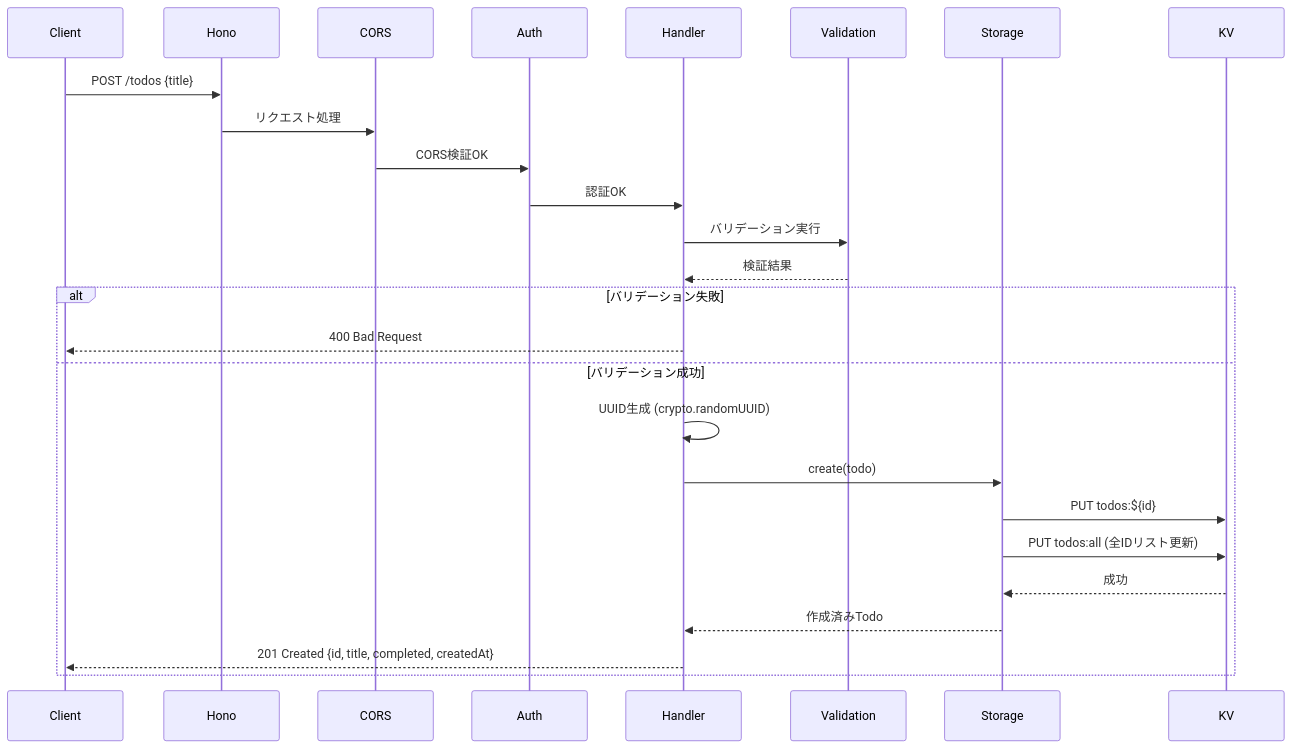
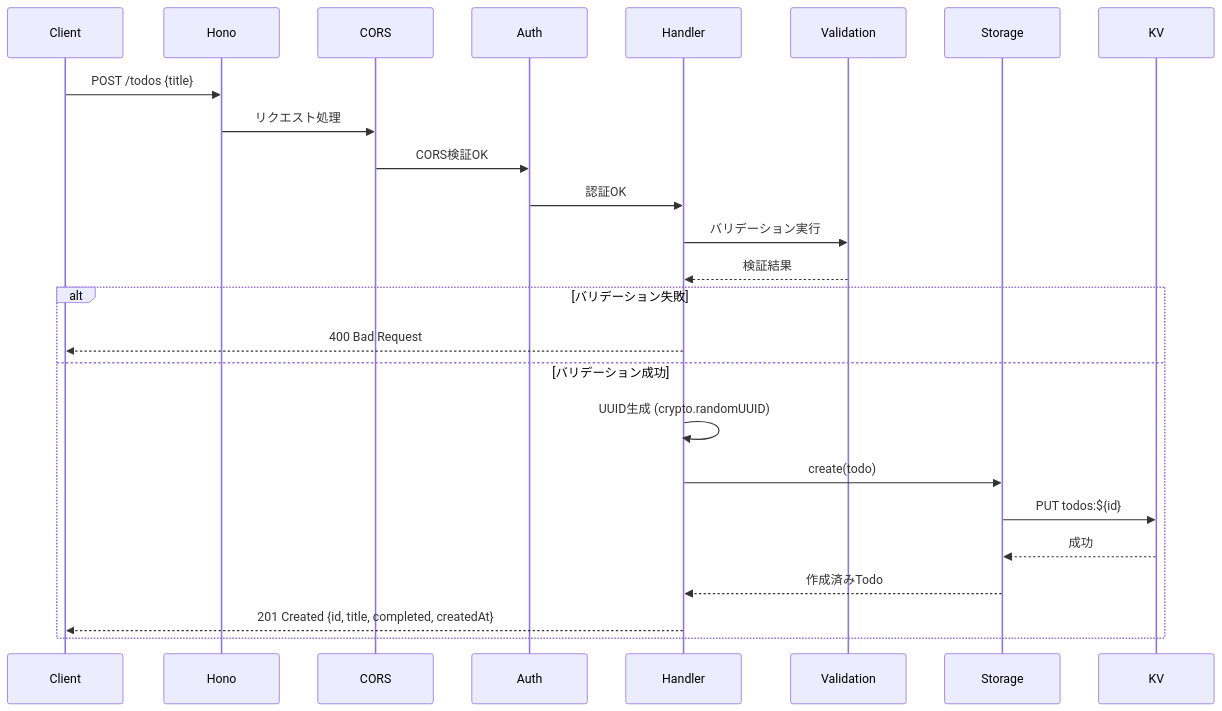
Before and after one commit to gyu-don/todo-app-with-cc: the second of 6 diagrams in .kiro/specs/cloudflare-workers-todo/design.md, drawn with Mermaid. The commit also changed other lines of this file, not shown here.

````diff
--- a/.kiro/specs/cloudflare-workers-todo/design.md
+++ b/.kiro/specs/cloudflare-workers-todo/design.md
@@ -152,29 +153,28 @@
 ```mermaid
 sequenceDiagram
     participant Client
     participant Hono
     participant CORS
     participant Auth
     participant Handler
     participant Validation
     participant Storage
     participant KV
 
     Client->>Hono: POST /todos {title}
     Hono->>CORS: リクエスト処理
     CORS->>Auth: CORS検証OK
     Auth->>Handler: 認証OK
     Handler->>Validation: バリデーション実行
     Validation-->>Handler: 検証結果
     alt バリデーション失敗
         Handler-->>Client: 400 Bad Request
     else バリデーション成功
         Handler->>Handler: UUID生成 (crypto.randomUUID)
         Handler->>Storage: create(todo)
         Storage->>KV: PUT todos:${id}
-        Storage->>KV: PUT todos:all (全IDリスト更新)
         KV-->>Storage: 成功
         Storage-->>Handler: 作成済みTodo
         Handler-->>Client: 201 Created {id, title, completed, createdAt}
     end
 ```
````
